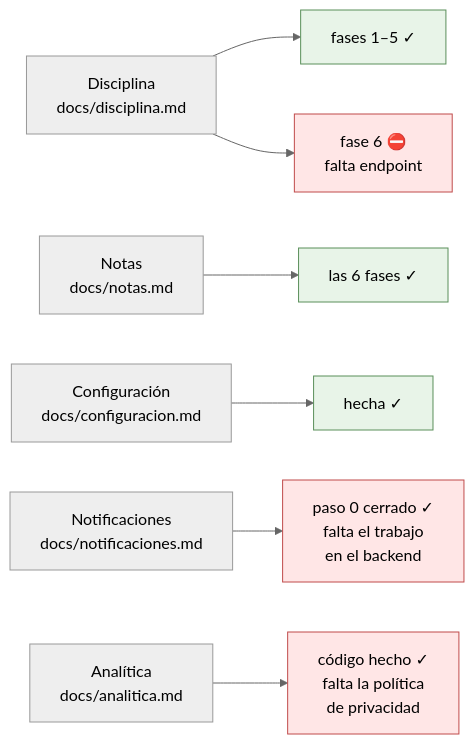
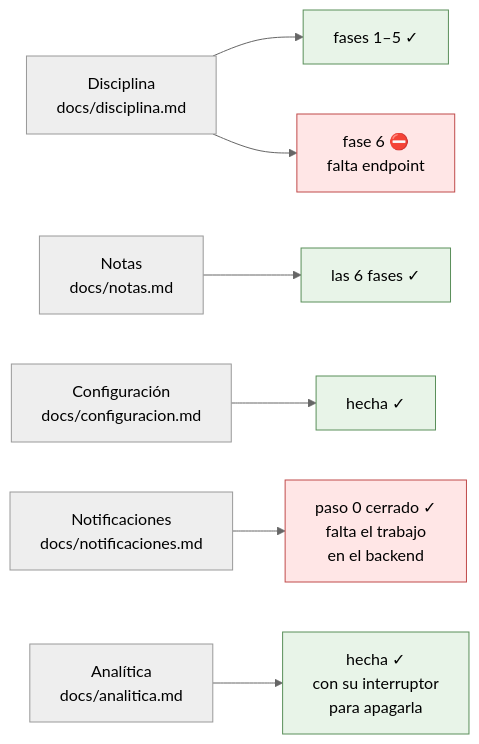
One commit to bluesky777/myvc_flutter changed the diagram in docs/estado.md. Above: the diagram before and after it, drawn with Mermaid (neutral theme). The commit also changed other lines of this file and 10 other files, not shown here.

````diff
--- a/docs/estado.md
+++ b/docs/estado.md
@@ -15,16 +15,16 @@
 ```mermaid
 flowchart LR
     D["Disciplina<br/>docs/disciplina.md"] --> D5["fases 1–5 ✓"]
     D --> D6["fase 6 ⛔<br/>falta endpoint"]
     N["Notas<br/>docs/notas.md"] --> N4["las 6 fases ✓"]
     C["Configuración<br/>docs/configuracion.md"] --> C0["hecha ✓"]
     P["Notificaciones<br/>docs/notificaciones.md"] --> P0["paso 0 cerrado ✓<br/>falta el trabajo<br/>en el backend"]
-    A["Analítica<br/>docs/analitica.md"] --> A0["código hecho ✓<br/>falta la política<br/>de privacidad"]
+    A["Analítica<br/>docs/analitica.md"] --> A0["hecha ✓<br/>con su interruptor<br/>para apagarla"]
 
     style D5 fill:#e8f4e8,stroke:#5a8f5a
     style N4 fill:#e8f4e8,stroke:#5a8f5a
     style D6 fill:#ffe6e6,stroke:#c04b4b
     style P0 fill:#ffe6e6,stroke:#c04b4b
     style C0 fill:#e8f4e8,stroke:#5a8f5a
-    style A0 fill:#ffe6e6,stroke:#c04b4b
+    style A0 fill:#e8f4e8,stroke:#5a8f5a
 ```
````
